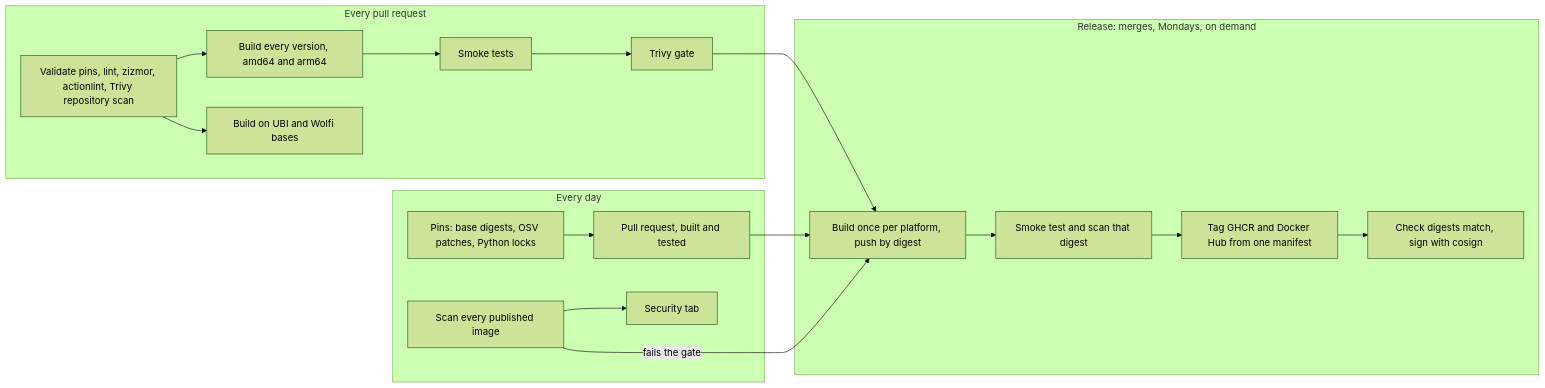
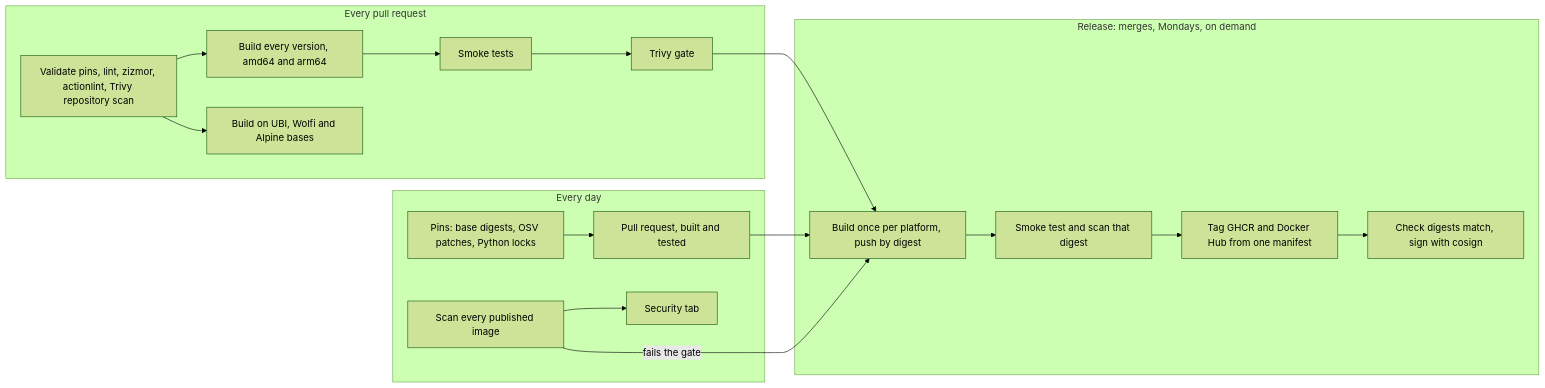
Before and after one commit to libre-devops/container-images: the diagram in README.md, drawn with Mermaid (forest theme). The commit also changed other lines of this file and 11 other files, not shown here.

````diff
--- a/README.md
+++ b/README.md
@@ -324,19 +328,19 @@
 ```mermaid
 flowchart LR
   subgraph pr["Every pull request"]
     check["Validate pins, lint, zizmor, actionlint, Trivy repository scan"] --> build["Build every version, amd64 and arm64"]
     build --> test["Smoke tests"] --> gate["Trivy gate"]
-    check --> port["Build on UBI and Wolfi bases"]
+    check --> port["Build on UBI, Wolfi and Alpine bases"]
   end
   subgraph release["Release: merges, Mondays, on demand"]
     push["Build once per platform, push by digest"] --> verify["Smoke test and scan that digest"]
     verify --> tag["Tag GHCR and Docker Hub from one manifest"] --> sign["Check digests match, sign with cosign"]
   end
   subgraph daily["Every day"]
     pins["Pins: base digests, OSV patches, Python locks"] --> prs["Pull request, built and tested"]
     scan["Scan every published image"] --> tab["Security tab"]
   end
   gate --> push
   prs --> push
   scan -- "fails the gate" --> push
 ```
````
